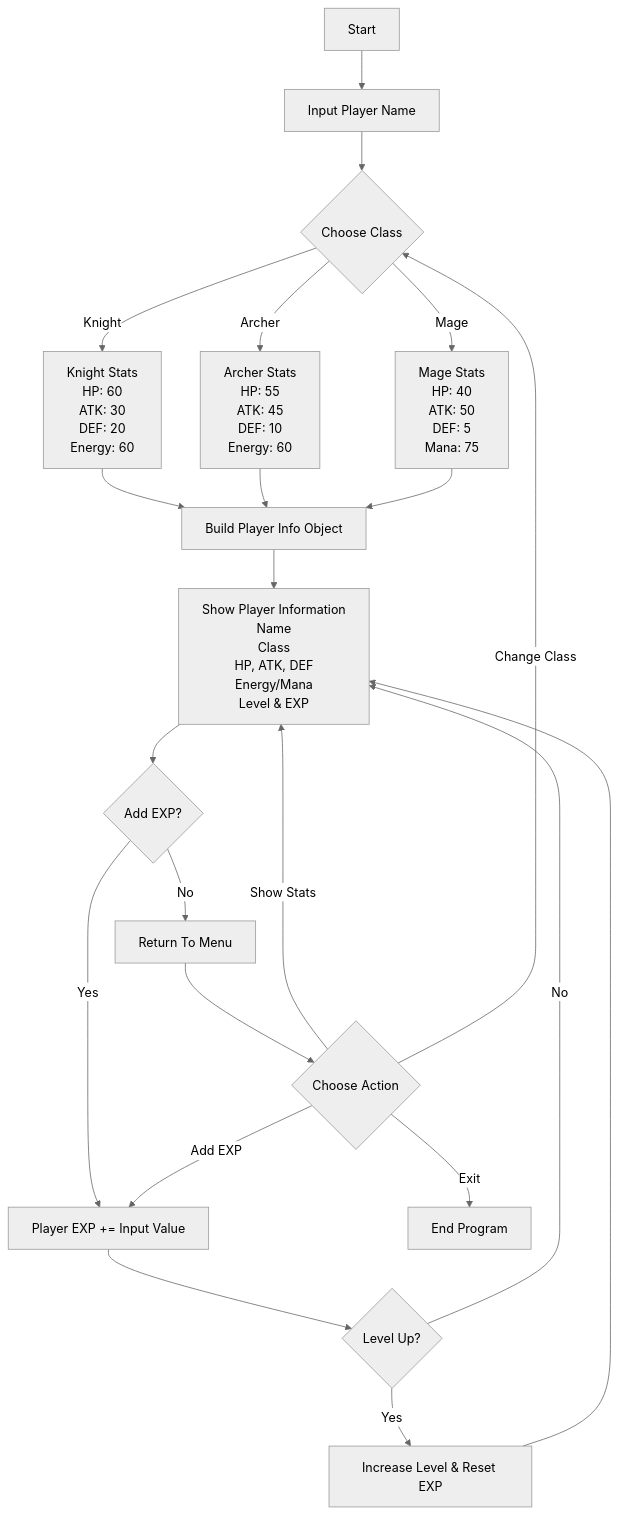
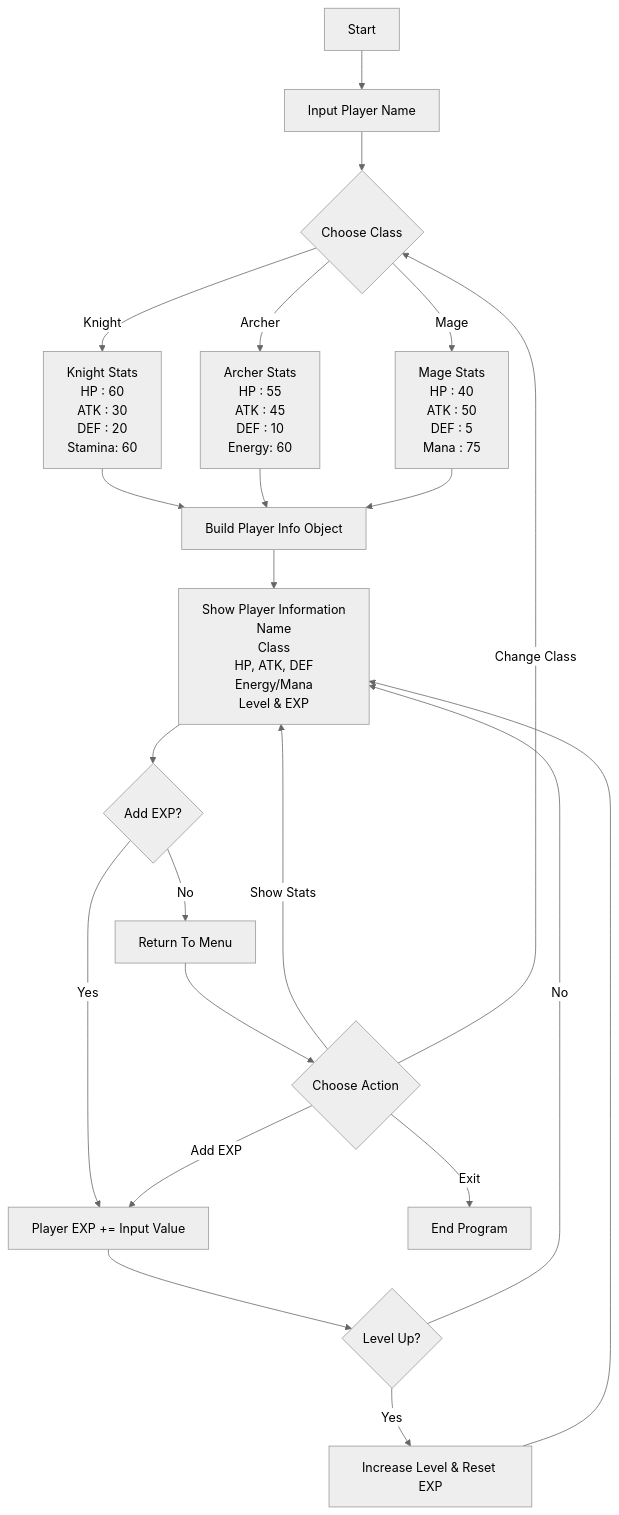
One commit to muhammadasgarultsani/dart_game changed the diagram in flowchardTD.mmd. Above: the diagram before and after it, drawn with Mermaid (neutral theme). The commit also changed 4 other files, not shown here.

```diff
--- a/flowchardTD.mmd
+++ b/flowchardTD.mmd
@@ -1,76 +1,76 @@
 flowchart TD
     %% =========================
     %% START & INPUT SECTION
     %% =========================
     A[Start] --> B[Input Player Name]
     B --> C{Choose Class}
 
     %% =========================
     %% CLASS DATA NODES
     %% =========================
     C -->|Knight| K["
         Knight Stats
-        HP: 60
-        ATK: 30
-        DEF: 20
-        Energy: 60
+        HP     : 60
+        ATK    : 30
+        DEF    : 20
+        Stamina: 60
     "]
 
     C -->|Archer| R["
         Archer Stats
-        HP: 55
-        ATK: 45
-        DEF: 10
+        HP    : 55
+        ATK   : 45
+        DEF   : 10
         Energy: 60
     "]
 
     C -->|Mage| M["
         Mage Stats
-        HP: 40
-        ATK: 50
-        DEF: 5
-        Mana: 75
+        HP   : 40
+        ATK  : 50
+        DEF  : 5
+        Mana : 75
     "]
 
     %% =========================
     %% BUILD PLAYER OBJECT
     %% =========================
     K --> PINFO[Build Player Info Object]
     R --> PINFO
     M --> PINFO
 
     %% =========================
     %% MAIN GAME INFO SCREEN
     %% =========================
     PINFO --> S["
         Show Player Information
         Name
         Class
         HP, ATK, DEF
         Energy/Mana
         Level & EXP
     "]
 
     S --> D{Add EXP?}
 
     %% =========================
     %% EXP & LEVEL UP SYSTEM
     %% =========================
     D -->|Yes| ADDXP[Player EXP += Input Value]
     D -->|No| MENU[Return To Menu]
 
     ADDXP --> LV{Level Up?}
     LV -->|Yes| LUP[Increase Level & Reset EXP]
     LV -->|No| S
 
     LUP --> S
 
     %% =========================
     %% MENU OPTIONS
     %% =========================
     MENU --> CH{Choose Action}
 
     CH -->|Show Stats| S
     CH -->|Add EXP| ADDXP
     CH -->|Change Class| C
     CH -->|Exit| END[End Program]
```
